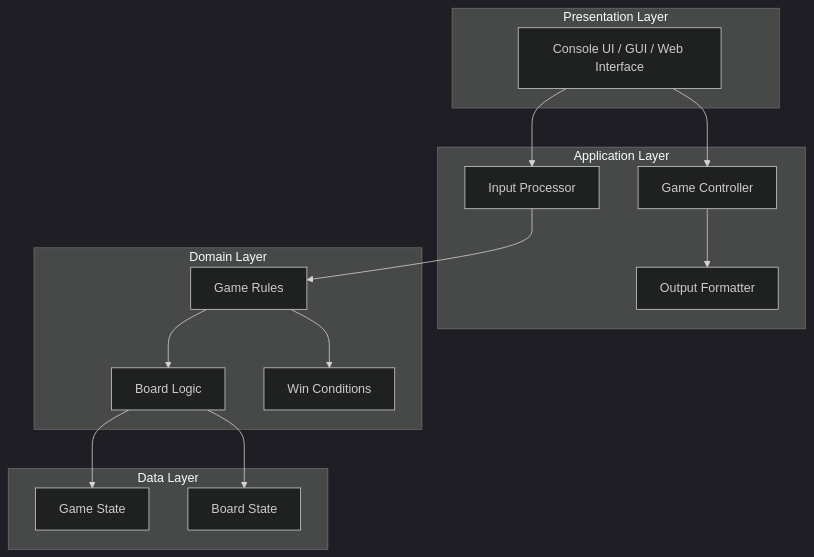
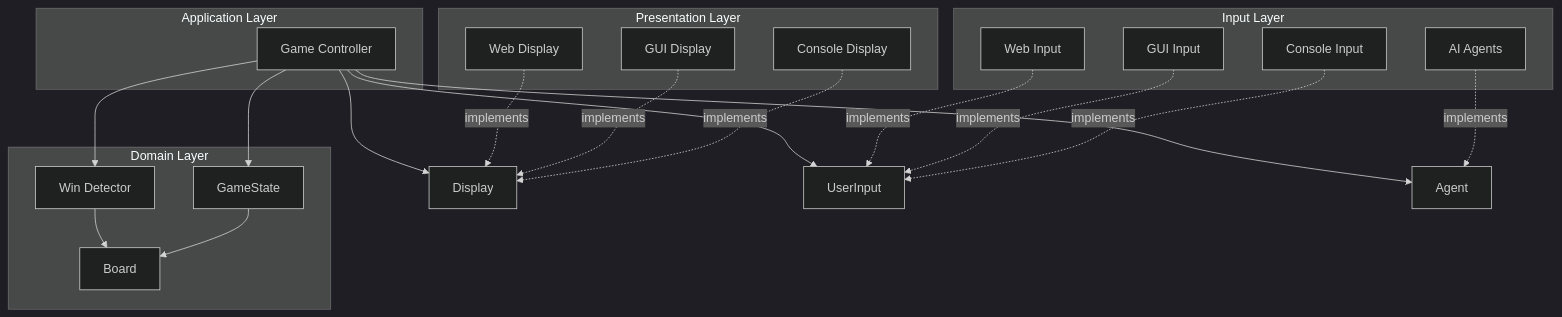
One commit to jashar86/tic-tac-toe changed the third of 15 diagrams in docs/REFERENCE_ARCHITECTURE.md. Above: the diagram before and after it, drawn with Mermaid (dark theme). The commit also changed other lines of this file, not shown here.

````diff
--- a/docs/REFERENCE_ARCHITECTURE.md
+++ b/docs/REFERENCE_ARCHITECTURE.md
@@ -166,32 +375,41 @@
 ```mermaid
 graph TD
     subgraph "Presentation Layer"
-        A[Console UI / GUI / Web Interface]
+        A[Console Display]
+        B[GUI Display]
+        C[Web Display]
+    end
+
+    subgraph "Input Layer"
+        D[Console Input]
+        E[GUI Input]
+        F[Web Input]
+        G[AI Agents]
     end
 
     subgraph "Application Layer"
-        B[Game Controller]
-        C[Input Processor]
-        D[Output Formatter]
+        H[Game Controller]
     end
 
     subgraph "Domain Layer"
-        E[Game Rules]
-        F[Board Logic]
-        G[Win Conditions]
+        I[GameState]
+        J[Board]
+        K[Win Detector]
     end
 
-    subgraph "Data Layer"
-        H[Game State]
-        I[Board State]
-    end
+    A -.implements.-> Display
+    B -.implements.-> Display
+    C -.implements.-> Display
+    D -.implements.-> UserInput
+    E -.implements.-> UserInput
+    F -.implements.-> UserInput
+    G -.implements.-> Agent
 
-    A --> B
-    A --> C
-    B --> D
-    C --> E
-    E --> F
-    E --> G
-    F --> H
-    F --> I
+    H --> Display
+    H --> Agent
+    H --> UserInput
+    H --> I
+    I --> J
+    H --> K
+    K --> J
 ```
````
